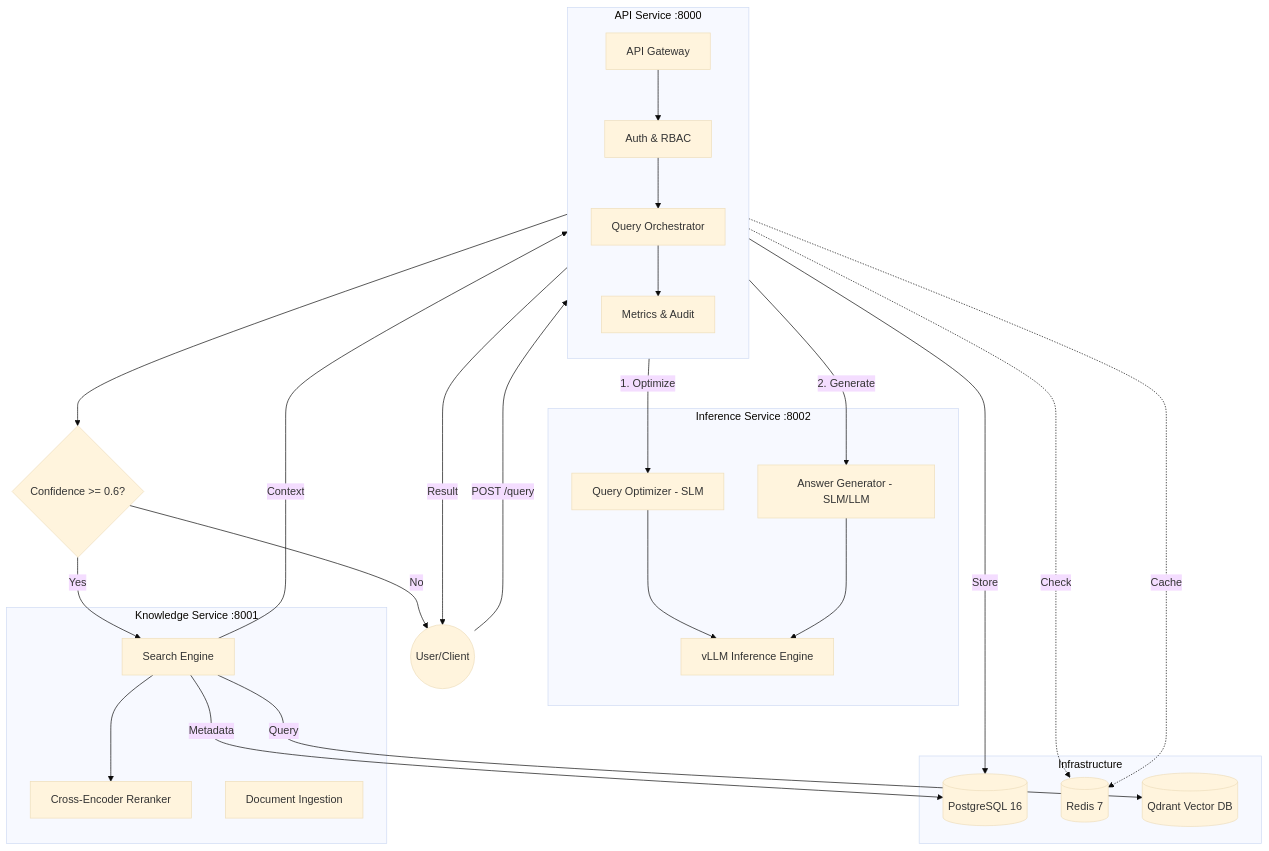
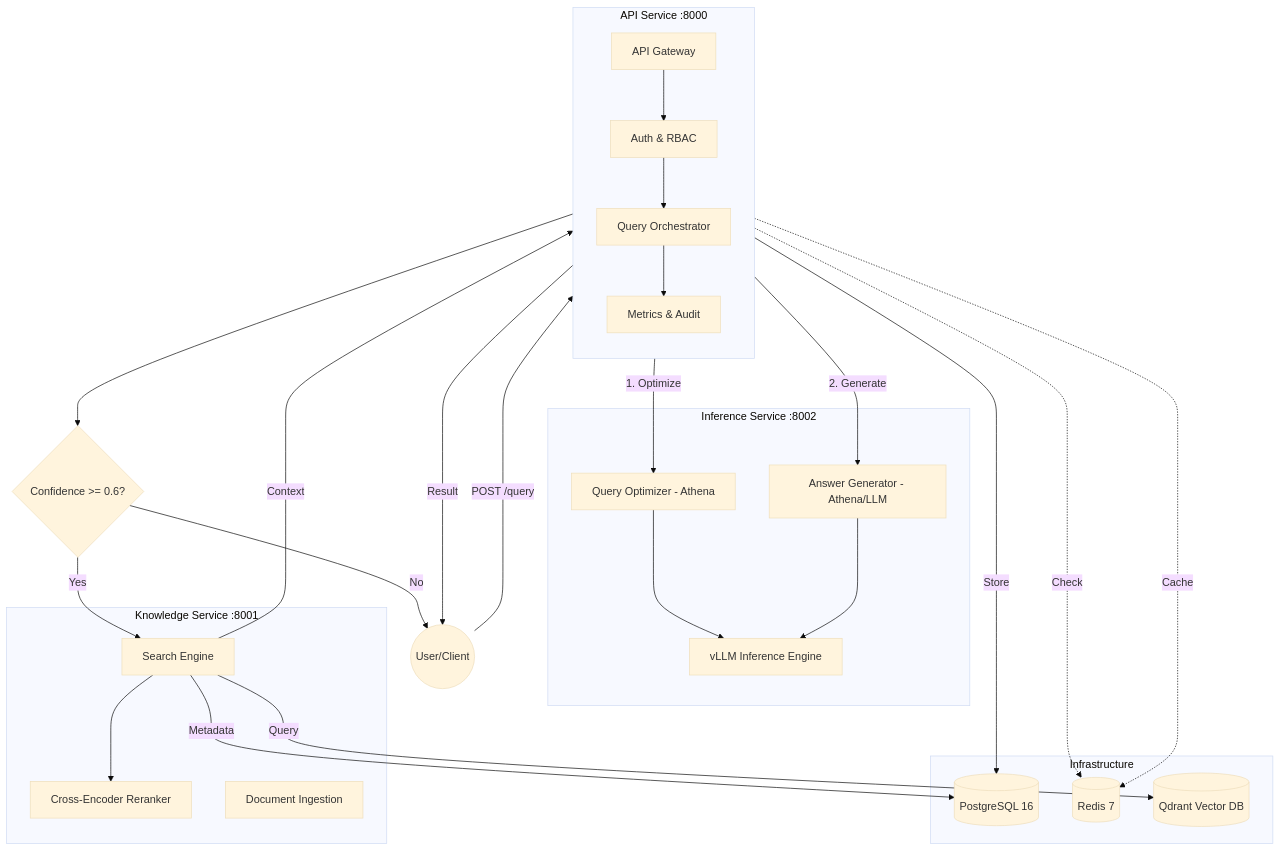
Before and after one commit to abi-commits/enterprise-slm-agent: the diagram in README.md, drawn with Mermaid (base theme). The commit also changed other lines of this file and 132 other files, not shown here.

Commit message:
rebrand: rename SLM to Athena across codebase - Helm, metrics, docs, and configs

````diff
--- a/README.md
+++ b/README.md
@@ -27,68 +27,68 @@
 ```mermaid
 graph TD
     %% User Layer
     User((User/Client))
 
     %% API Service Layer
     subgraph API_Service [API Service :8000]
         direction TB
         Gateway[API Gateway]
         Auth[Auth & RBAC]
         Orchestrator[Query Orchestrator]
         Metrics[Metrics & Audit]
     end
 
     %% Inference Service Layer
     subgraph Inference_Service [Inference Service :8002]
-        Optimizer[Query Optimizer - SLM]
-        Generator[Answer Generator - SLM/LLM]
+        Optimizer[Query Optimizer - Athena]
+        Generator[Answer Generator - Athena/LLM]
         vLLM[vLLM Inference Engine]
     end
 
     %% Knowledge Service Layer
     subgraph Knowledge_Service [Knowledge Service :8001]
         Search[Search Engine]
         Reranker[Cross-Encoder Reranker]
         Ingestion[Document Ingestion]
     end
 
     %% Data Layer
     subgraph Infrastructure
         Postgres[(PostgreSQL 16)]
         Redis[(Redis 7)]
         Qdrant[(Qdrant Vector DB)]
     end
 
     %% Request Flow
     User -->|POST /query| Gateway
     Gateway --> Auth
     Auth --> Orchestrator
 
     %% Step 1: Optimization
     Orchestrator -->|1. Optimize| Optimizer
     Optimizer --> vLLM
 
     %% Decision Point
     Orchestrator --> Decision{Confidence >= 0.6?}
     Decision -->|No| User
     
     %% Step 2: Retrieval
     Decision -->|Yes| Search
     Search -->|Query| Qdrant
     Search -->|Metadata| Postgres
     Search --> Reranker
     
     %% Step 3: Generation
     Search -->|Context| Orchestrator
     Orchestrator -->|2. Generate| Generator
     Generator --> vLLM
     
     %% Final Step
     Orchestrator --> Metrics
     Metrics -->|Store| Postgres
     Orchestrator -->|Result| User
 
     %% Caching & Rate Limiting
     Gateway -.->|Check| Redis
     Orchestrator -.->|Cache| Redis
 ```
````
